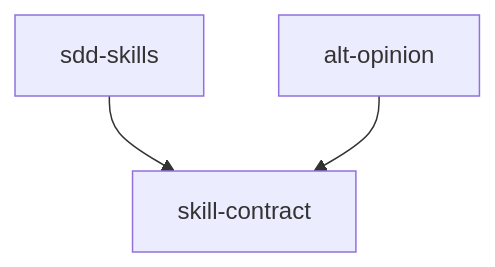
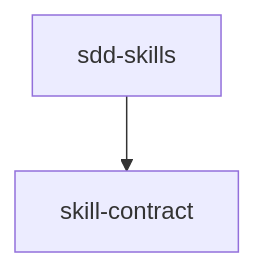
The diagram in specs/ai-skills/skill-contract/skill-contract.spec.md (RubaXa/gennady), drawn with Mermaid before and after one commit. The commit also changed other lines of this file and 9 other files, not shown here.

Commit message:
chore(skills): remove alt-opinion skill — CLI command gennady alt-opinion stays

````diff
--- a/specs/ai-skills/skill-contract/skill-contract.spec.md
+++ b/specs/ai-skills/skill-contract/skill-contract.spec.md
@@ -296,5 +296,4 @@
 ```mermaid
 graph TD
     sdd-skills --> skill-contract
-    alt-opinion --> skill-contract
 ```
````
